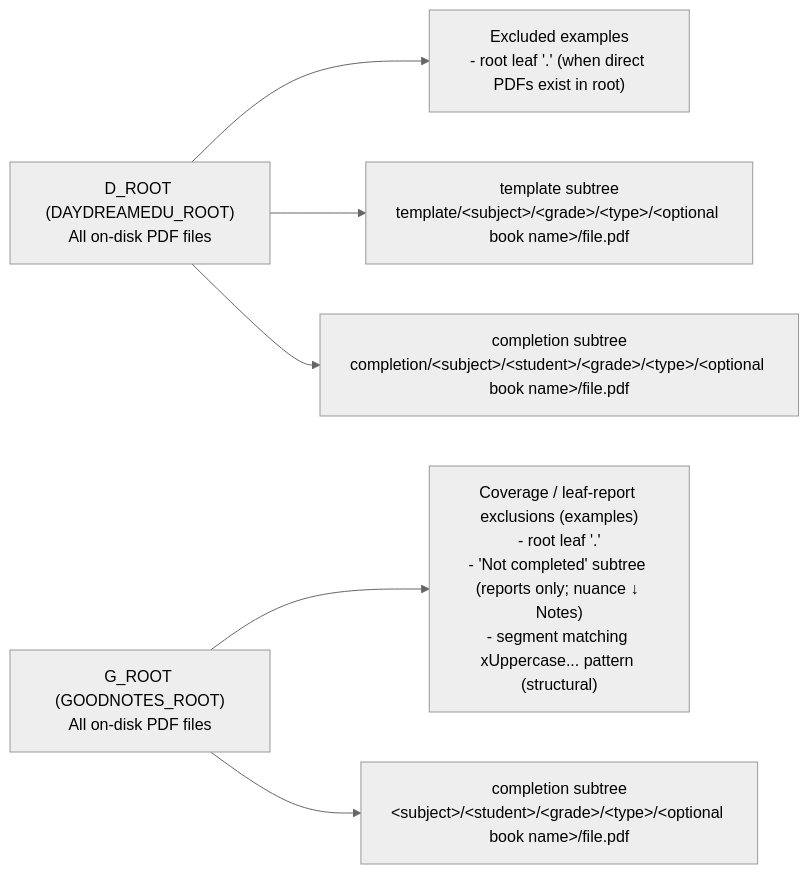
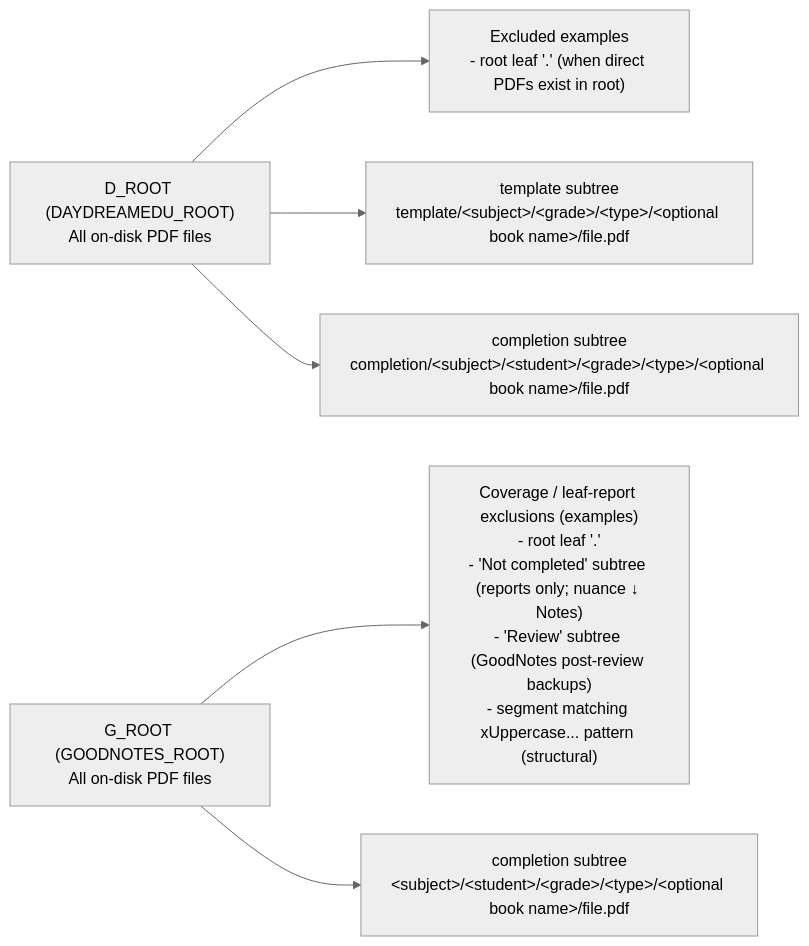
Before and after one commit to jarodmeng/daydreamedu-scripts: the diagram in ai_study_buddy/docs/L4_FILE_FRAMEWORK.md, drawn with Mermaid (neutral theme). The commit also changed other lines of this file and 24 other files, not shown here.

First line of the commit message:
fix(review): clear stale amendments; exclude GoodNotes Review from inventory

````diff
--- a/ai_study_buddy/docs/L4_FILE_FRAMEWORK.md
+++ b/ai_study_buddy/docs/L4_FILE_FRAMEWORK.md
@@ -18,18 +18,18 @@
 ```mermaid
 flowchart LR
     D["D_ROOT (DAYDREAMEDU_ROOT)\nAll on-disk PDF files"]
     G["G_ROOT (GOODNOTES_ROOT)\nAll on-disk PDF files"]
 
     DEX["Excluded examples\n- root leaf '.' (when direct PDFs exist in root)"]
     DT["template subtree\ntemplate/&lt;subject&gt;/&lt;grade&gt;/&lt;type&gt;/&lt;optional book name&gt;/file.pdf"]
     DC["completion subtree\ncompletion/&lt;subject&gt;/&lt;student&gt;/&lt;grade&gt;/&lt;type&gt;/&lt;optional book name&gt;/file.pdf"]
 
-    GEX["Coverage / leaf-report exclusions (examples)\n- root leaf '.'\n- 'Not completed' subtree (reports only; nuance ↓ Notes)\n- segment matching xUppercase... pattern (structural)"]
+    GEX["Coverage / leaf-report exclusions (examples)\n- root leaf '.'\n- 'Not completed' subtree (reports only; nuance ↓ Notes)\n- 'Review' subtree (GoodNotes post-review backups)\n- segment matching xUppercase... pattern (structural)"]
     GC["completion subtree\n&lt;subject&gt;/&lt;student&gt;/&lt;grade&gt;/&lt;type&gt;/&lt;optional book name&gt;/file.pdf"]
 
     D --> DEX
     D --> DT
     D --> DC
     G --> GEX
     G --> GC
 ```
````
